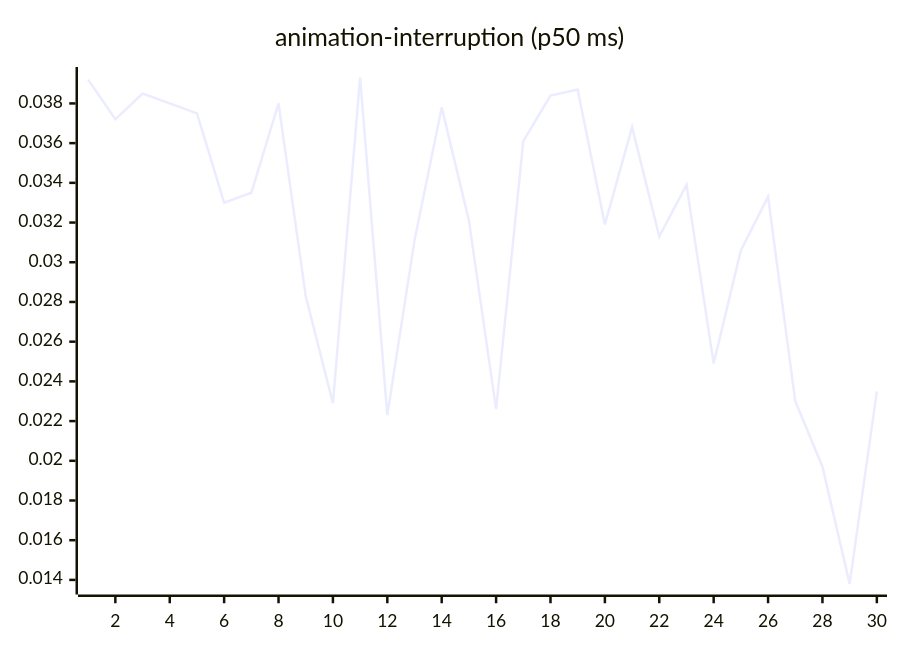
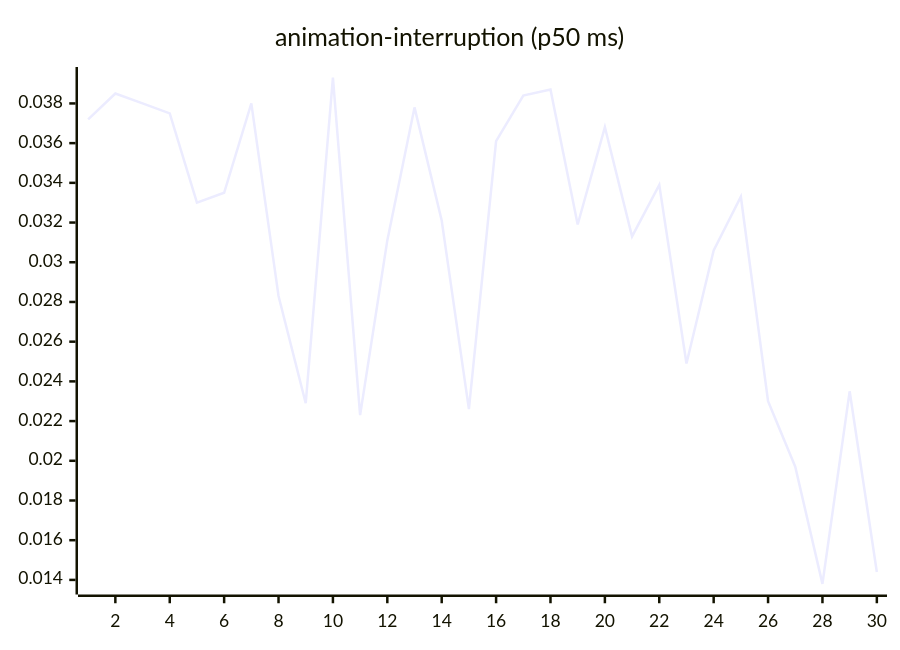
The third of 27 diagrams in README.md (josha/Facet), drawn with Mermaid before and after one commit. The commit also changed other lines of this file and 2 other files, not shown here.

````diff
--- a/README.md
+++ b/README.md
@@ -77,6 +77,6 @@
 ```mermaid
 xychart-beta
     title "animation-interruption (p50 ms)"
     x-axis 1 --> 30
-    line [0.0392, 0.0372, 0.0385, 0.0380, 0.0375, 0.0330, 0.0335, 0.0380, 0.0283, 0.0229, 0.0393, 0.0223, 0.0311, 0.0378, 0.0321, 0.0226, 0.0361, 0.0384, 0.0387, 0.0319, 0.0368, 0.0313, 0.0339, 0.0249, 0.0306, 0.0333, 0.0230, 0.0197, 0.0138, 0.0235]
+    line [0.0372, 0.0385, 0.0380, 0.0375, 0.0330, 0.0335, 0.0380, 0.0283, 0.0229, 0.0393, 0.0223, 0.0311, 0.0378, 0.0321, 0.0226, 0.0361, 0.0384, 0.0387, 0.0319, 0.0368, 0.0313, 0.0339, 0.0249, 0.0306, 0.0333, 0.0230, 0.0197, 0.0138, 0.0235, 0.0144]
 ```
````
